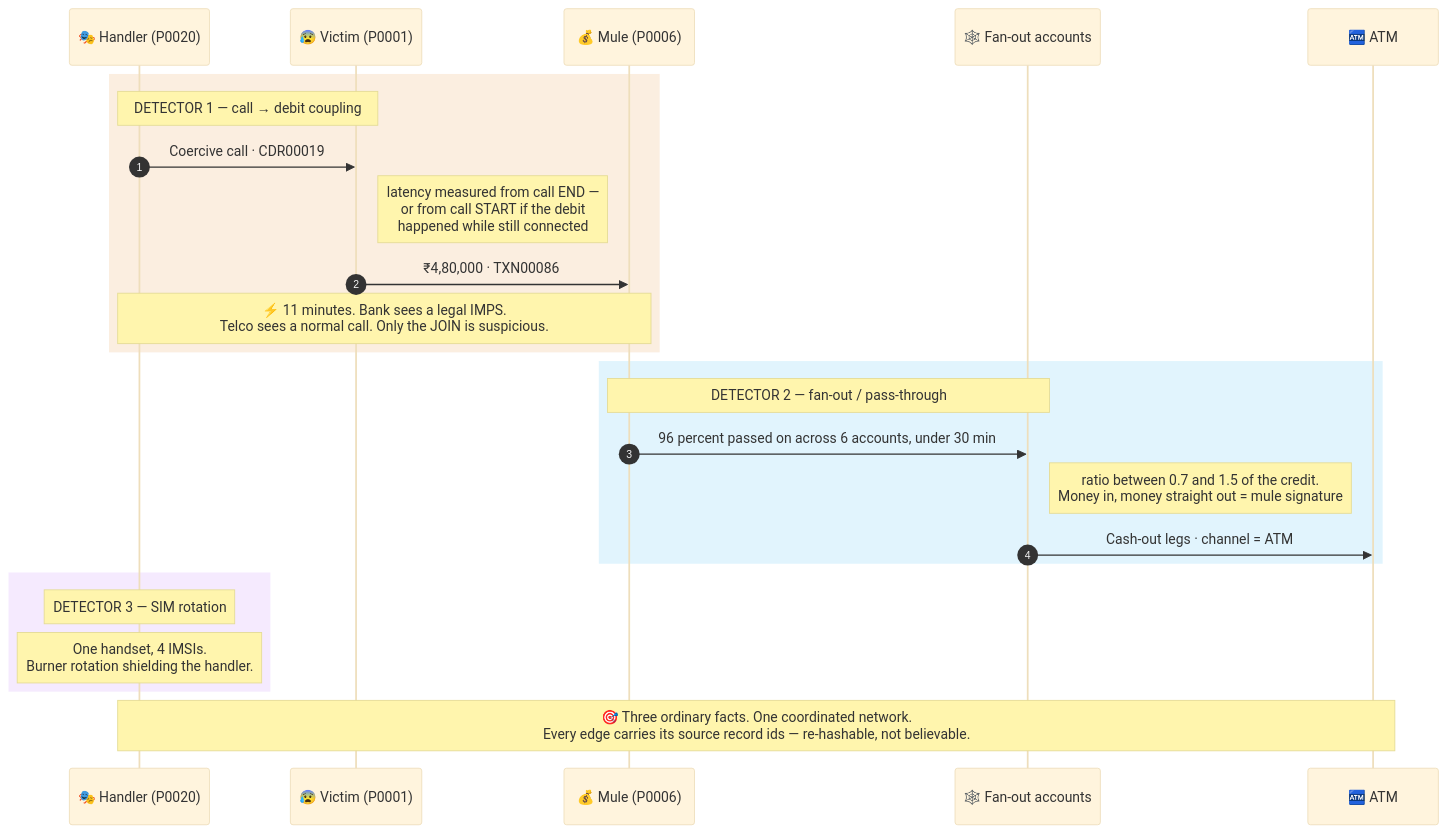
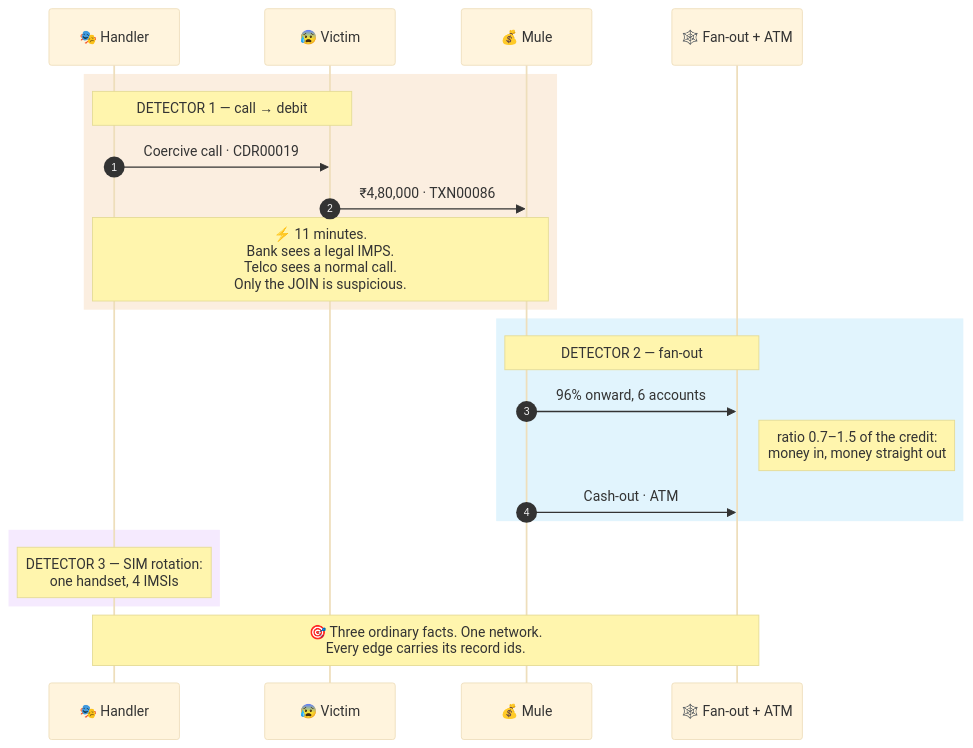
The seventh of 15 diagrams in README.md (rakeshselvaraj0108/TLN), drawn with Mermaid (base theme) before and after one commit. The commit also changed other lines of this file, not shown here.

First line of the commit message:
Rebuild the README diagrams to be readable at GitHub's column width

````diff
--- a/README.md
+++ b/README.md
@@ -393,31 +331,28 @@
 ```mermaid
 sequenceDiagram
     autonumber
-    participant H as 🎭 Handler (P0020)
-    participant V as 😰 Victim (P0001)
-    participant M as 💰 Mule (P0006)
-    participant F as 🕸️ Fan-out accounts
-    participant ATM as 🏧 ATM
+    participant H as 🎭 Handler
+    participant V as 😰 Victim
+    participant M as 💰 Mule
+    participant F as 🕸️ Fan-out + ATM
 
     rect rgba(217,119,6,0.12)
-    Note over H,V: DETECTOR 1 — call → debit coupling
+    Note over H,V: DETECTOR 1 — call → debit
     H->>V: Coercive call · CDR00019
-    Note right of V: latency measured from call END —<br/>or from call START if the debit<br/>happened while still connected
     V->>M: ₹4,80,000 · TXN00086
-    Note over H,M: ⚡ 11 minutes. Bank sees a legal IMPS.<br/>Telco sees a normal call. Only the JOIN is suspicious.
+    Note over H,M: ⚡ 11 minutes.<br/>Bank sees a legal IMPS.<br/>Telco sees a normal call.<br/>Only the JOIN is suspicious.
     end
 
     rect rgba(14,165,233,0.12)
-    Note over M,F: DETECTOR 2 — fan-out / pass-through
-    M->>F: 96 percent passed on across 6 accounts, under 30 min
-    Note right of F: ratio between 0.7 and 1.5 of the credit.<br/>Money in, money straight out = mule signature
-    F->>ATM: Cash-out legs · channel = ATM
+    Note over M,F: DETECTOR 2 — fan-out
+    M->>F: 96% onward, 6 accounts
+    Note right of F: ratio 0.7–1.5 of the credit:<br/>money in, money straight out
+    M->>F: Cash-out · ATM
     end
 
     rect rgba(168,85,247,0.12)
-    Note over H: DETECTOR 3 — SIM rotation
-    Note over H: One handset, 4 IMSIs.<br/>Burner rotation shielding the handler.
+    Note over H: DETECTOR 3 — SIM rotation:<br/>one handset, 4 IMSIs
     end
 
-    Note over H,ATM: 🎯 Three ordinary facts. One coordinated network.<br/>Every edge carries its source record ids — re-hashable, not believable.
+    Note over H,F: 🎯 Three ordinary facts. One network.<br/>Every edge carries its record ids.
 ```
````
